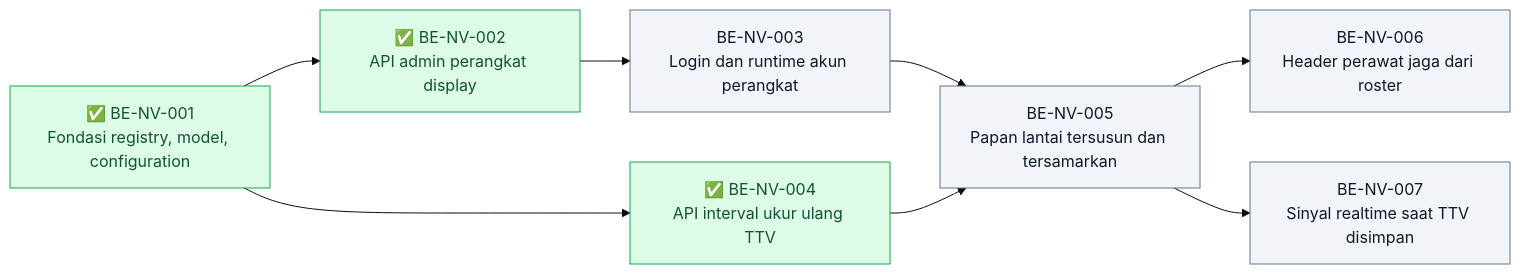
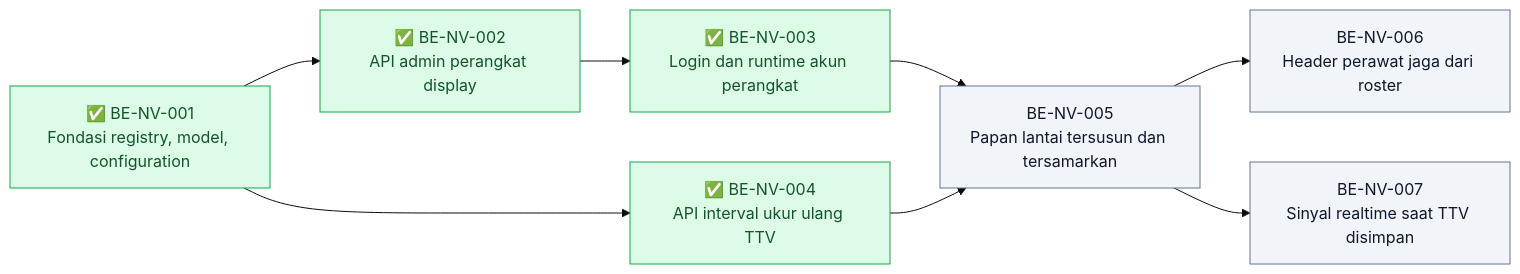
The diagram in docs/module-blueprints/nurse-view/roadmap/backend-roadmap.md (DevBenari/NewQuilvianSystemBackend), drawn with Mermaid (base theme) before and after one commit. The commit also changed other lines of this file and 9 other files, not shown here.

````diff
--- a/docs/module-blueprints/nurse-view/roadmap/backend-roadmap.md
+++ b/docs/module-blueprints/nurse-view/roadmap/backend-roadmap.md
@@ -22,24 +22,24 @@
 ```mermaid
 flowchart LR
     classDef selesai fill:#DCFCE7,stroke:#16A34A,color:#14532D
     classDef sebagian fill:#FEF9C3,stroke:#CA8A04,color:#713F12
     classDef terblokir fill:#FEE2E2,stroke:#DC2626,color:#7F1D1D
     classDef belum fill:#F1F5F9,stroke:#64748B,color:#0F172A
     classDef luar fill:#EDE9FE,stroke:#7C3AED,color:#3B0764
 
     BENV001["✅ BE-NV-001<br/>Fondasi registry, model, configuration"]:::selesai
     BENV002["✅ BE-NV-002<br/>API admin perangkat display"]:::selesai
-    BENV003["BE-NV-003<br/>Login dan runtime akun perangkat"]:::belum
+    BENV003["✅ BE-NV-003<br/>Login dan runtime akun perangkat"]:::selesai
     BENV004["✅ BE-NV-004<br/>API interval ukur ulang TTV"]:::selesai
     BENV005["BE-NV-005<br/>Papan lantai tersusun dan tersamarkan"]:::belum
     BENV006["BE-NV-006<br/>Header perawat jaga dari roster"]:::belum
     BENV007["BE-NV-007<br/>Sinyal realtime saat TTV disimpan"]:::belum
 
     BENV001 --> BENV002
     BENV001 --> BENV004
     BENV002 --> BENV003
     BENV003 --> BENV005
     BENV004 --> BENV005
     BENV005 --> BENV006
     BENV005 --> BENV007
 ```
````
